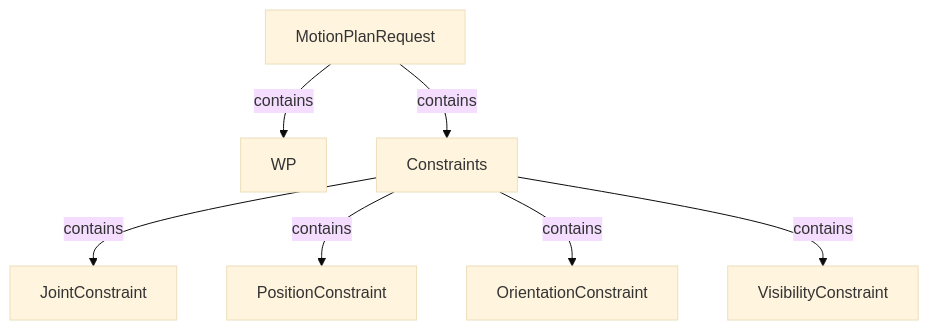
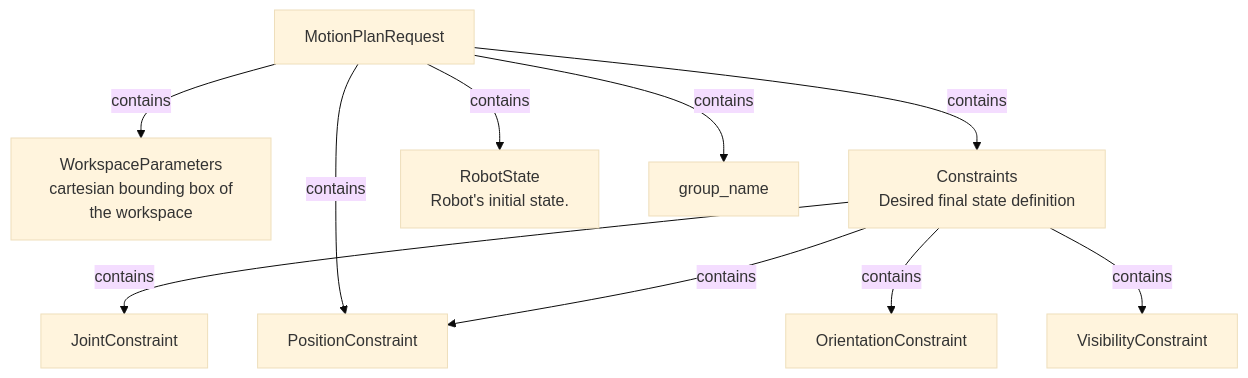
Before and after one commit to rafaelrojasmiliani/moveit_tutorial: the diagram in 03_planning_contex_and_planner_manger/readme.md, drawn with Mermaid (base theme). The commit also changed other lines of this file, not shown here.

````diff
--- a/03_planning_contex_and_planner_manger/readme.md
+++ b/03_planning_contex_and_planner_manger/readme.md
@@ -45,9 +53,12 @@
 ```mermaid
 graph TD;
-MPR[MotionPlanRequest] -- contains --> WP;
+MPR[MotionPlanRequest] -- contains --> WP[WorkspaceParameters<br/> cartesian bounding box of the workspace];
 MPR -- contains --> C;
-C[Constraints] -- contains --> JC[JointConstraint];
+MPR -- contains --> RS[RobotState<br/>Robot's initial state.]
+MPR -- contains --> PC[Constraints<br/> Path constraints]
+C[Constraints<br/>Desired final state definition] -- contains --> JC[JointConstraint];
 C -- contains --> PC[PositionConstraint];
 C -- contains --> OC[OrientationConstraint];
 C -- contains --> VC[VisibilityConstraint];
+MPR -- contains --> GN[group_name];
 ```
````
